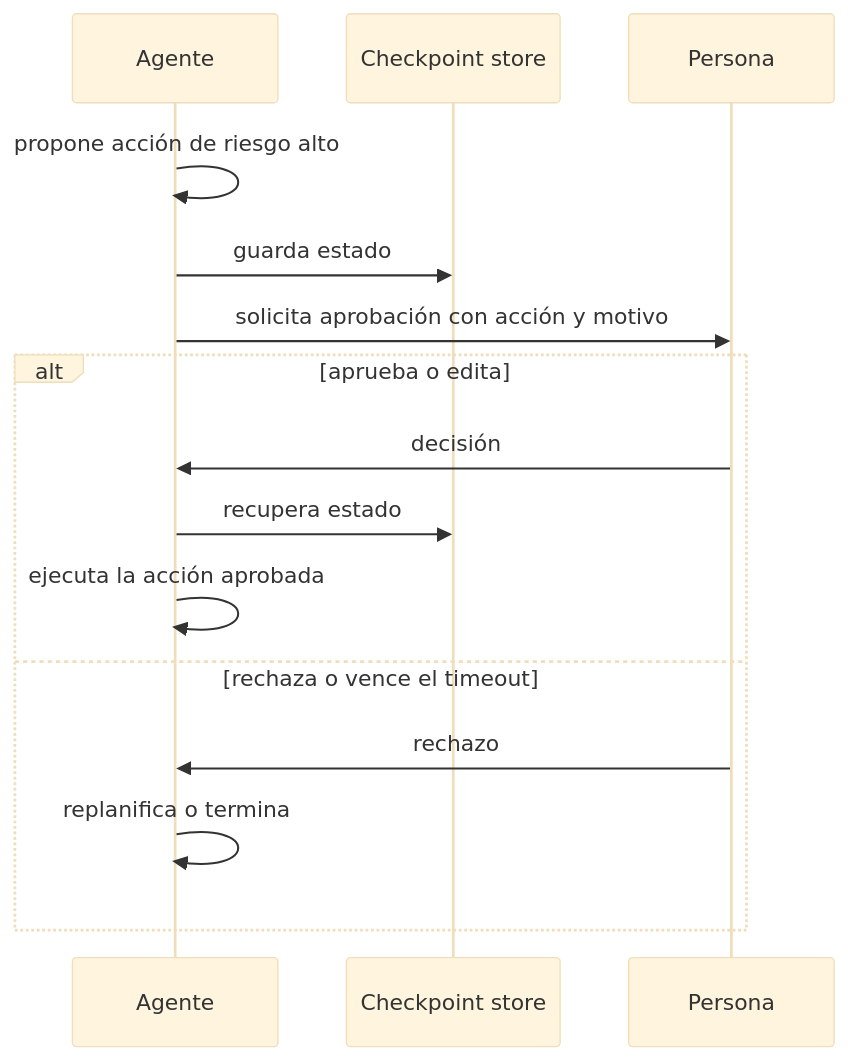
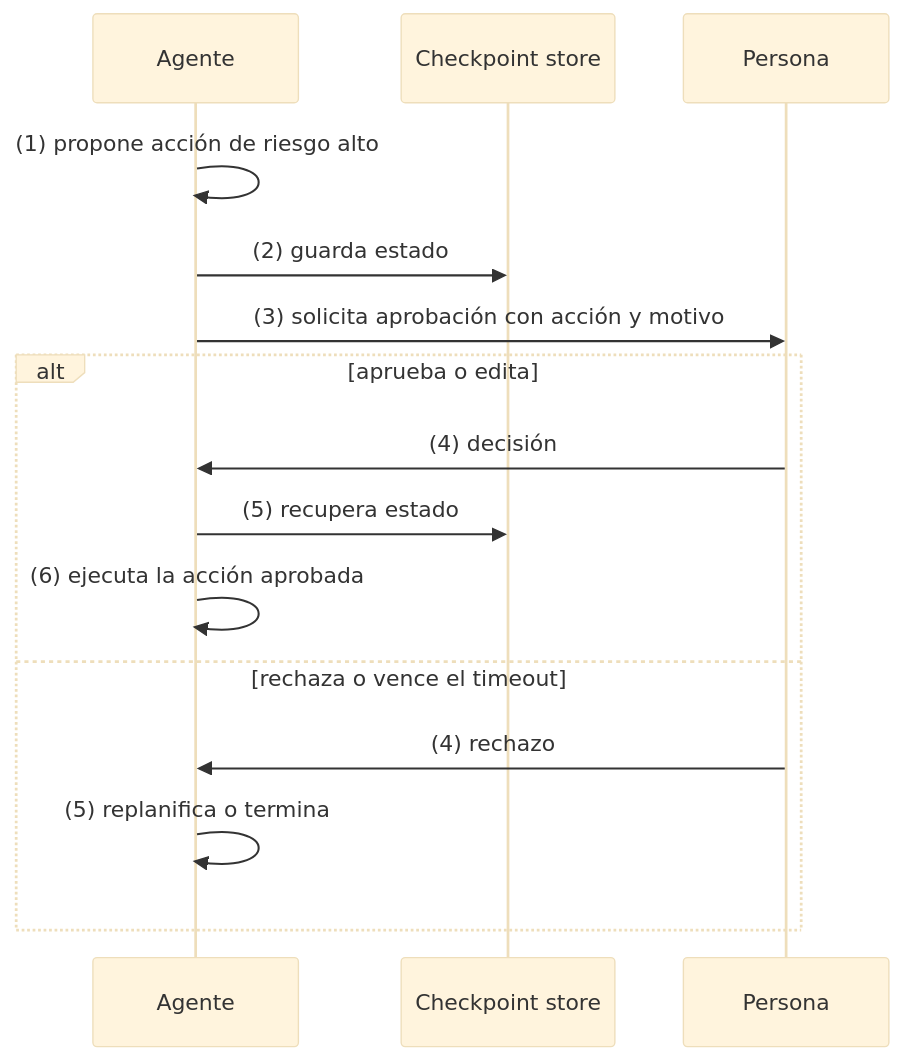
The ninth of 47 diagrams in md/Patrones aplicados al desarrollo de agentes.md (whinedo/ai-docs), drawn with Mermaid (base theme) before and after one commit. The commit also changed other lines of this file and 12 other files, not shown here.

````diff
--- a/md/Patrones aplicados al desarrollo de agentes.md
+++ b/md/Patrones aplicados al desarrollo de agentes.md
@@ -325,17 +438,17 @@
 ```mermaid
 sequenceDiagram
   participant AG as Agente
   participant ST as Checkpoint store
   participant H as Persona
-  AG->>AG: propone acción de riesgo alto
-  AG->>ST: guarda estado
-  AG->>H: solicita aprobación con acción y motivo
+  AG->>AG: (1) propone acción de riesgo alto
+  AG->>ST: (2) guarda estado
+  AG->>H: (3) solicita aprobación con acción y motivo
   alt aprueba o edita
-    H->>AG: decisión
-    AG->>ST: recupera estado
-    AG->>AG: ejecuta la acción aprobada
+    H->>AG: (4) decisión
+    AG->>ST: (5) recupera estado
+    AG->>AG: (6) ejecuta la acción aprobada
   else rechaza o vence el timeout
-    H->>AG: rechazo
-    AG->>AG: replanifica o termina
+    H->>AG: (4) rechazo
+    AG->>AG: (5) replanifica o termina
   end
 ```
````
